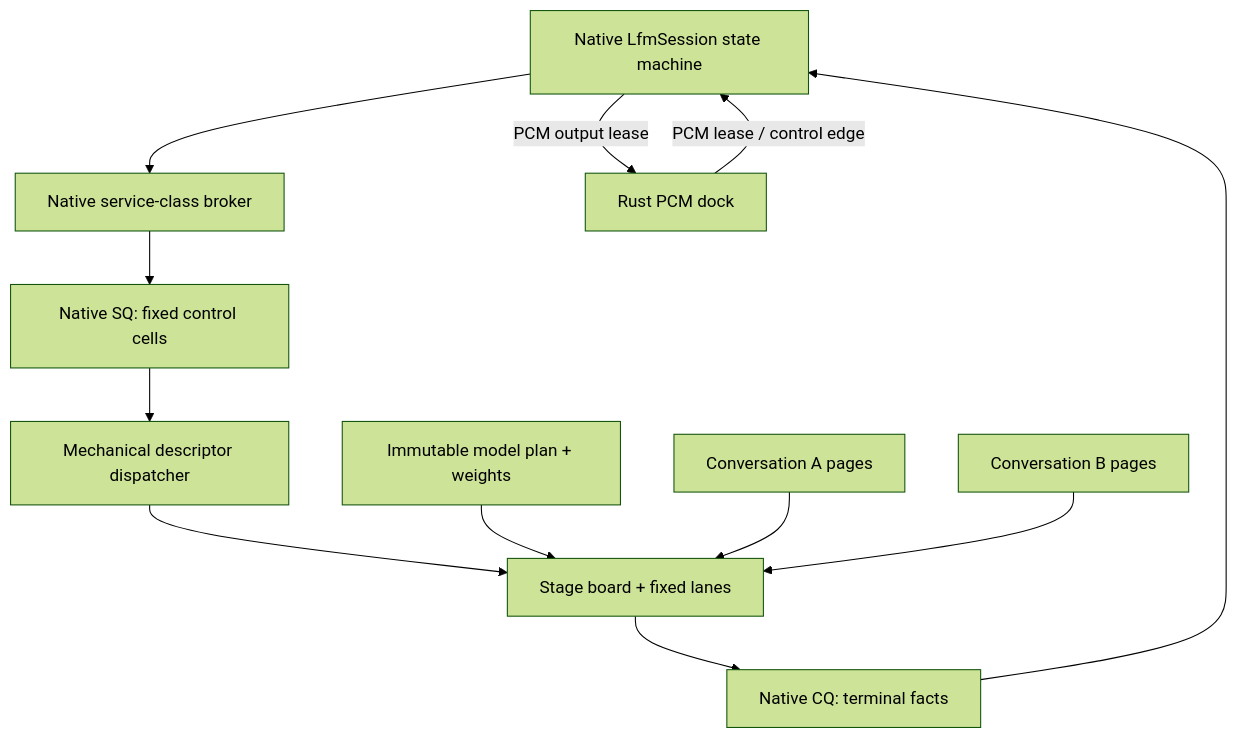
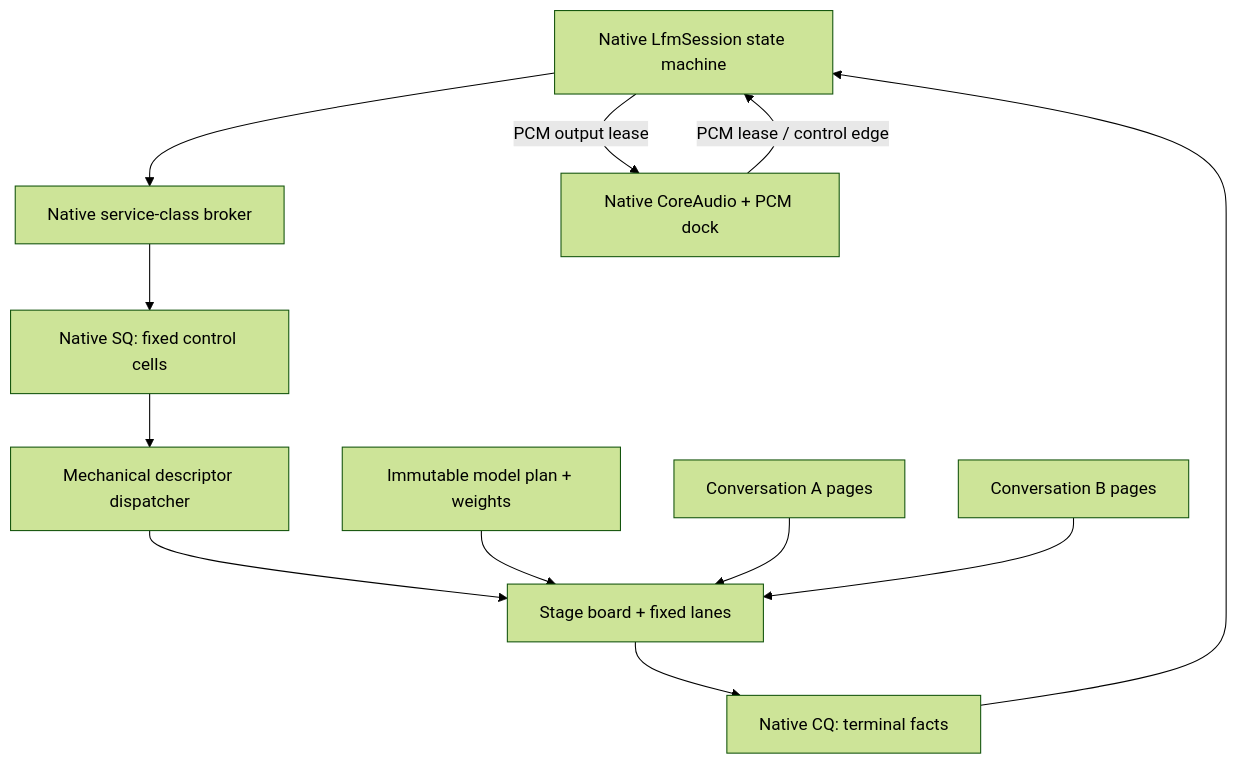
One commit to SolaceHarmony/emberharmony changed the diagram in specs/11-kcoro-native-migration/03-scheduler-passes-and-recurrence.md. Above: the diagram before and after it, drawn with Mermaid (forest theme). The commit also changed other lines of this file and 50 other files, not shown here.

````diff
--- a/specs/11-kcoro-native-migration/03-scheduler-passes-and-recurrence.md
+++ b/specs/11-kcoro-native-migration/03-scheduler-passes-and-recurrence.md
@@ -60,25 +61,25 @@
 ```mermaid
 flowchart TB
     Session["Native LfmSession state machine"]
     Broker["Native service-class broker"]
     SQ["Native SQ: fixed control cells"]
     Dispatch["Mechanical descriptor dispatcher"]
     Board["Stage board + fixed lanes"]
     CQ["Native CQ: terminal facts"]
     ConvA["Conversation A pages"]
     ConvB["Conversation B pages"]
     Model["Immutable model plan + weights"]
-    Audio["Rust PCM dock"]
+    Audio["Native CoreAudio + PCM dock"]
 
     Audio -->|"PCM lease / control edge"| Session
     Session --> Broker
     Broker --> SQ
     SQ --> Dispatch
     Dispatch --> Board
     Board --> CQ
     CQ --> Session
     Model --> Board
     ConvA --> Board
     ConvB --> Board
     Session -->|"PCM output lease"| Audio
 ```
````
